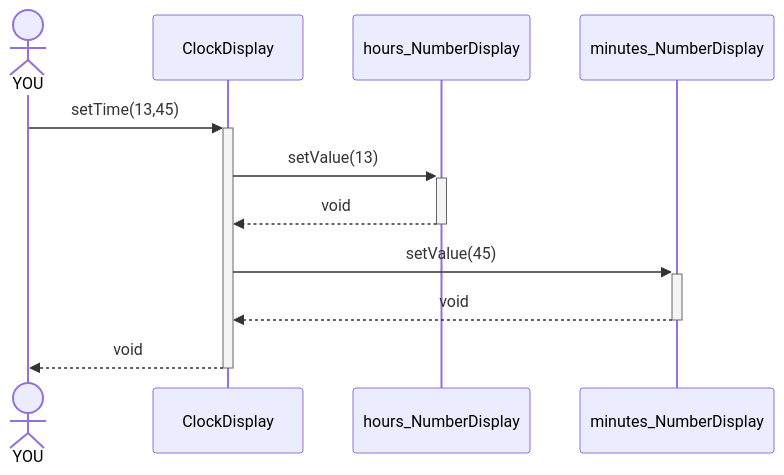
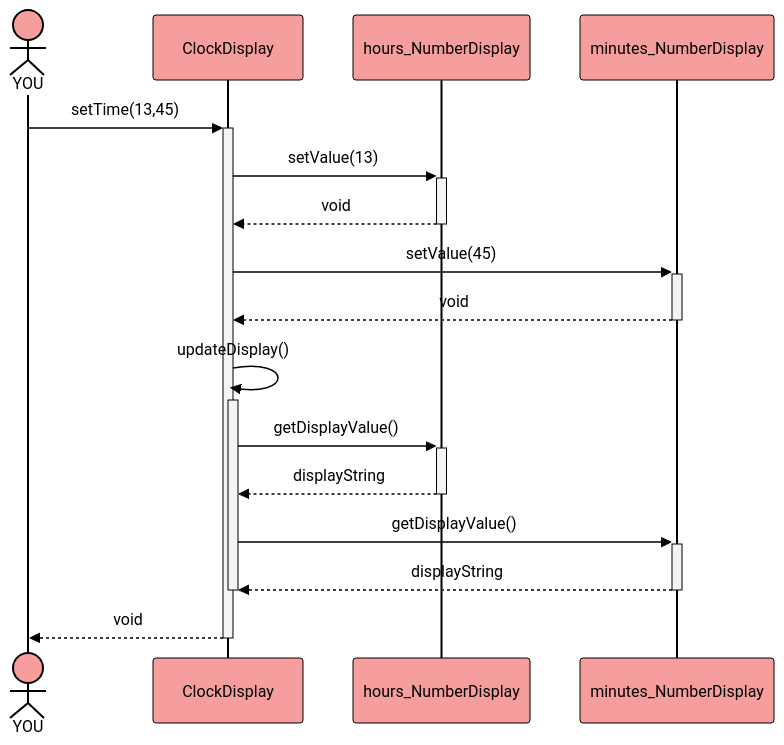
One commit to bkleinen/bkleinen.github.io changed the third of 4 diagrams in hugo/content/material/info1/clock_display_refactoring/original_clock_display.md. Above: the diagram before and after it, drawn with Mermaid. The commit also changed other lines of this file and 15 other files, not shown here.

Commit message:
clock display critique

````diff
--- a/hugo/content/material/info1/clock_display_refactoring/original_clock_display.md
+++ b/hugo/content/material/info1/clock_display_refactoring/original_clock_display.md
@@ -74,12 +87,34 @@
 ```mermaid
-
+%%{
+  init: {
+    'theme': 'base',
+    'themeVariables': {
+      'primaryColor': '#f69e9d', 
+      'primaryTextColor': '#000',
+      'primaryBorderColor': '#000',
+      'lineColor': '#F8B229',
+      'secondaryColor': '#f4f4f4',
+      'activationBorderColor': '#000',
+      'tertiaryColor': '#fff'
+    }
+  }
+}%%
 sequenceDiagram
     actor YOU
     YOU->>+ClockDisplay: setTime(13,45)
     ClockDisplay->>+hours_NumberDisplay:setValue(13)
     hours_NumberDisplay-->>-ClockDisplay:void
     ClockDisplay->>+minutes_NumberDisplay:setValue(45)
     minutes_NumberDisplay-->>-ClockDisplay:void
+    
+    ClockDisplay->>+ClockDisplay:updateDisplay()
+    ClockDisplay->>+hours_NumberDisplay:getDisplayValue()
+    hours_NumberDisplay-->>-ClockDisplay:displayString
+    ClockDisplay->>+minutes_NumberDisplay:getDisplayValue()
+    minutes_NumberDisplay-->>-ClockDisplay:displayString
+    
+    deactivate ClockDisplay
+
     ClockDisplay-->>-YOU:void
 
 ```
````
